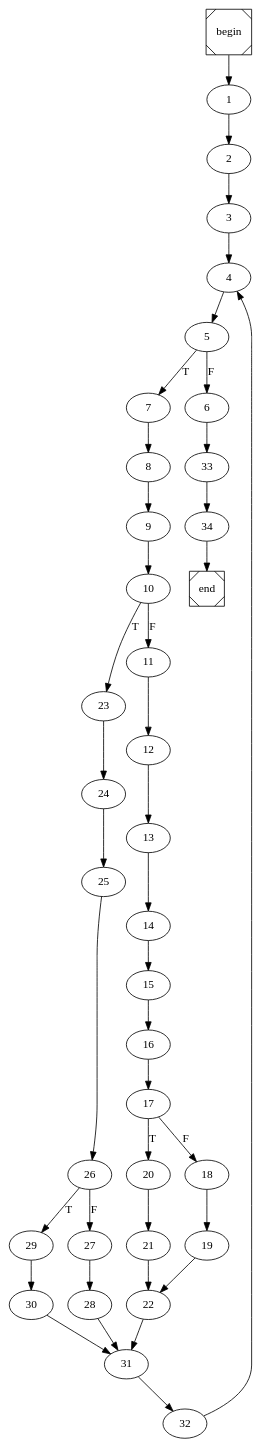
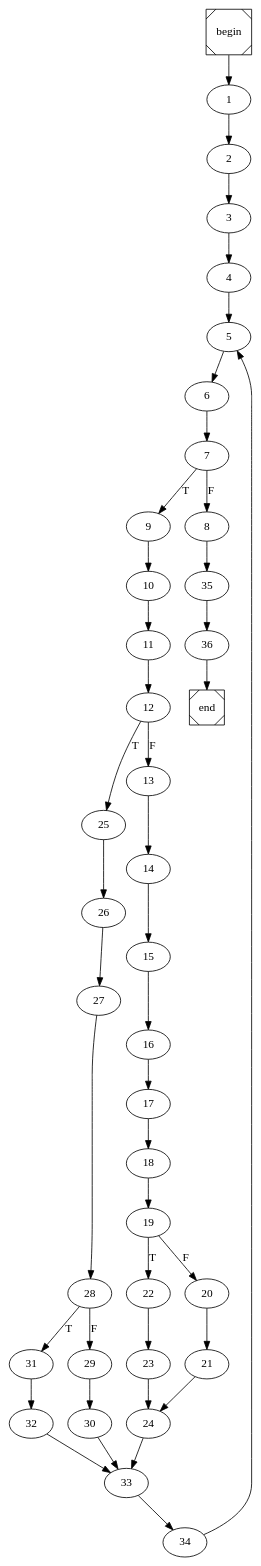
Before and after one commit to ivSaav/COMP: the diagram in update.dot, drawn with Graphviz. The commit also changed 37 other files, not shown here.

```diff
--- a/update.dot
+++ b/update.dot
@@ -1,4 +1,4 @@
 digraph cfg {
 	begin [shape=Msquare];
 	end [shape=Msquare];
-	begin -> 1;	1 -> 2;	2 -> 3;	3 -> 4;	4 -> 5;	5 -> 7[label=T];	5 -> 6[label=F];	6 -> 33;	7 -> 8;	8 -> 9;	9 -> 10;	10 -> 23[label=T];	10 -> 11[label=F];	11 -> 12;	12 -> 13;	13 -> 14;	14 -> 15;	15 -> 16;	16 -> 17;	17 -> 20[label=T];	17 -> 18[label=F];	18 -> 19;	19 -> 22;	20 -> 21;	21 -> 22;	22 -> 31;	23 -> 24;	24 -> 25;	25 -> 26;	26 -> 29[label=T];	26 -> 27[label=F];	27 -> 28;	28 -> 31;	29 -> 30;	30 -> 31;	31 -> 32;	32 -> 4;	33 -> 34;	34 -> end;}
+	begin -> 1;	1 -> 2;	2 -> 3;	3 -> 4;	4 -> 5;	5 -> 6;	6 -> 7;	7 -> 9[label=T];	7 -> 8[label=F];	8 -> 35;	9 -> 10;	10 -> 11;	11 -> 12;	12 -> 25[label=T];	12 -> 13[label=F];	13 -> 14;	14 -> 15;	15 -> 16;	16 -> 17;	17 -> 18;	18 -> 19;	19 -> 22[label=T];	19 -> 20[label=F];	20 -> 21;	21 -> 24;	22 -> 23;	23 -> 24;	24 -> 33;	25 -> 26;	26 -> 27;	27 -> 28;	28 -> 31[label=T];	28 -> 29[label=F];	29 -> 30;	30 -> 33;	31 -> 32;	32 -> 33;	33 -> 34;	34 -> 5;	35 -> 36;	36 -> end;}
```
